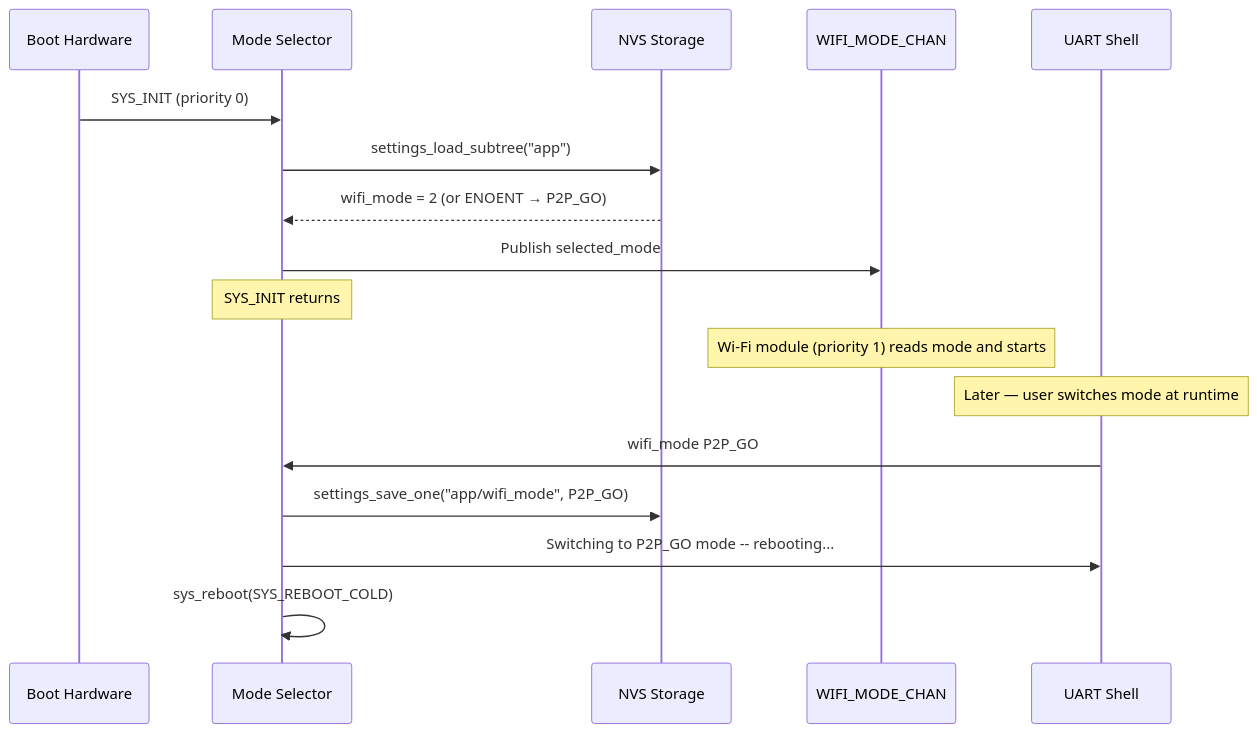
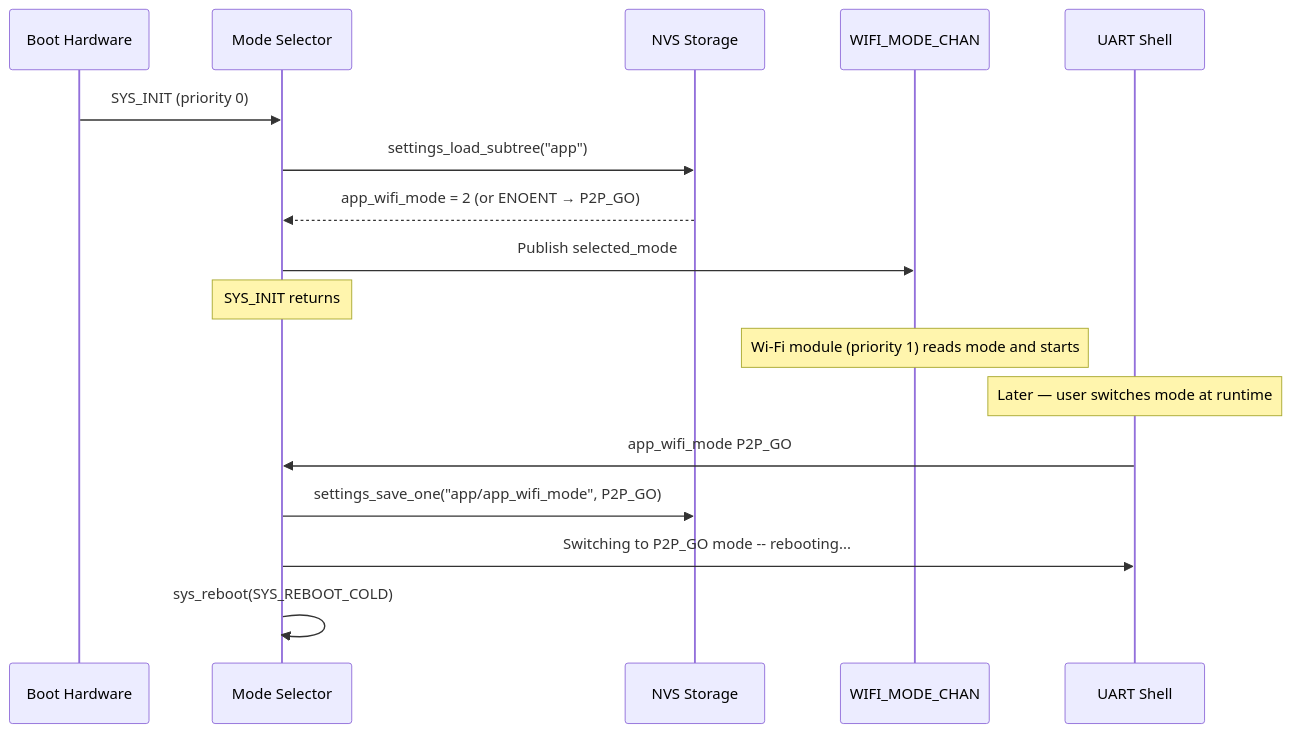
One commit to chshzh/nordic-wifi-webdash changed the second of 2 diagrams in docs/specs/mode-selector.md. Above: the diagram before and after it, drawn with Mermaid. The commit also changed other lines of this file and 7 other files, not shown here.

Commit message:
docs: rename wifi_mode -> app_wifi_mode across README and all specs

````diff
--- a/docs/specs/mode-selector.md
+++ b/docs/specs/mode-selector.md
@@ -126,21 +126,21 @@
 ```mermaid
 sequenceDiagram
     participant HW as Boot Hardware
     participant ModeSel as Mode Selector
     participant NVS as NVS Storage
     participant WIFI_MODE_CHAN
     participant Shell as UART Shell
 
     HW->>ModeSel: SYS_INIT (priority 0)
     ModeSel->>NVS: settings_load_subtree("app")
-    NVS-->>ModeSel: wifi_mode = 2 (or ENOENT → P2P_GO)
+    NVS-->>ModeSel: app_wifi_mode = 2 (or ENOENT → P2P_GO)
     ModeSel->>WIFI_MODE_CHAN: Publish selected_mode
     Note over ModeSel: SYS_INIT returns
     Note over WIFI_MODE_CHAN: Wi-Fi module (priority 1) reads mode and starts
 
     Note over Shell: Later — user switches mode at runtime
-    Shell->>ModeSel: wifi_mode P2P_GO
-    ModeSel->>NVS: settings_save_one("app/wifi_mode", P2P_GO)
+    Shell->>ModeSel: app_wifi_mode P2P_GO
+    ModeSel->>NVS: settings_save_one("app/app_wifi_mode", P2P_GO)
     ModeSel->>Shell: Switching to P2P_GO mode -- rebooting...
     ModeSel->>ModeSel: sys_reboot(SYS_REBOOT_COLD)
 ```
````
